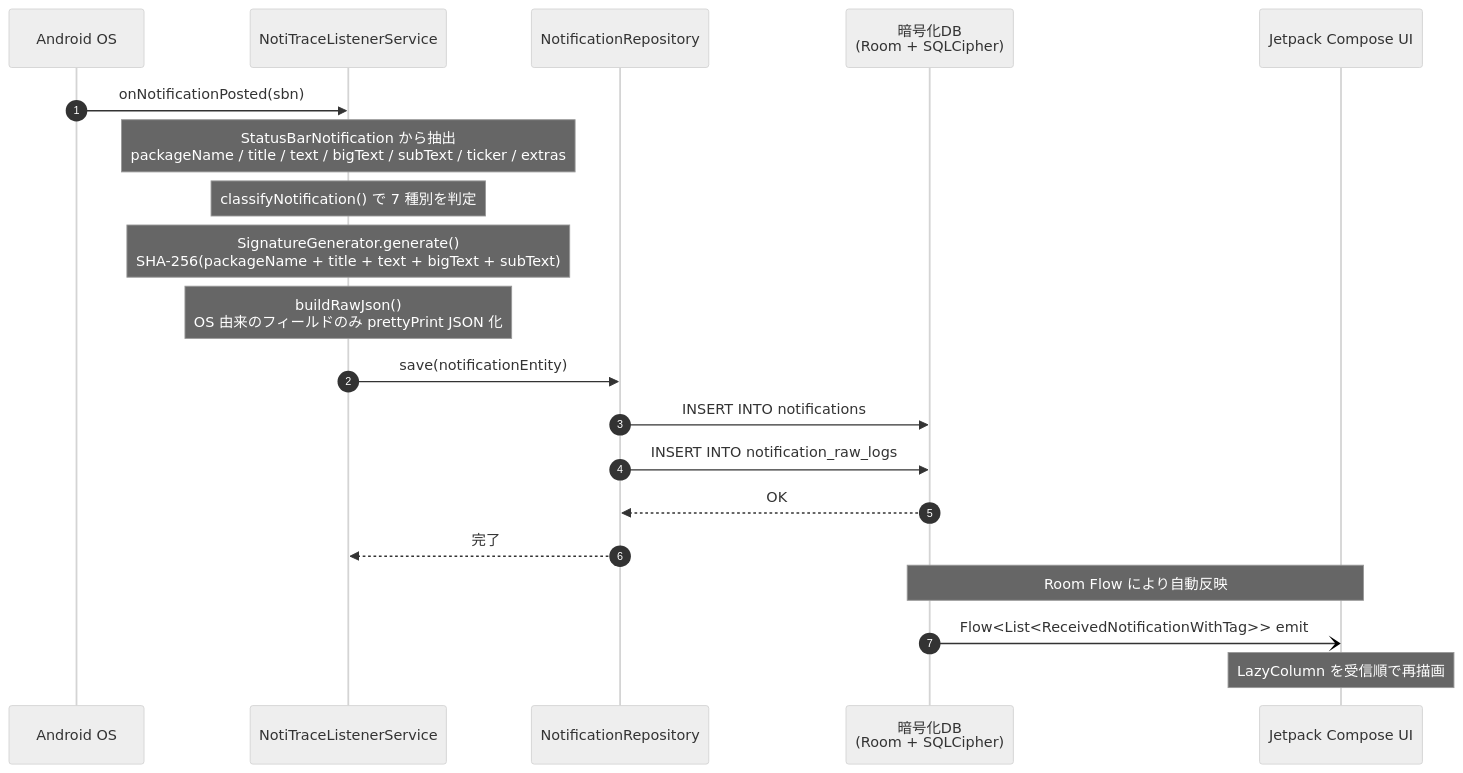
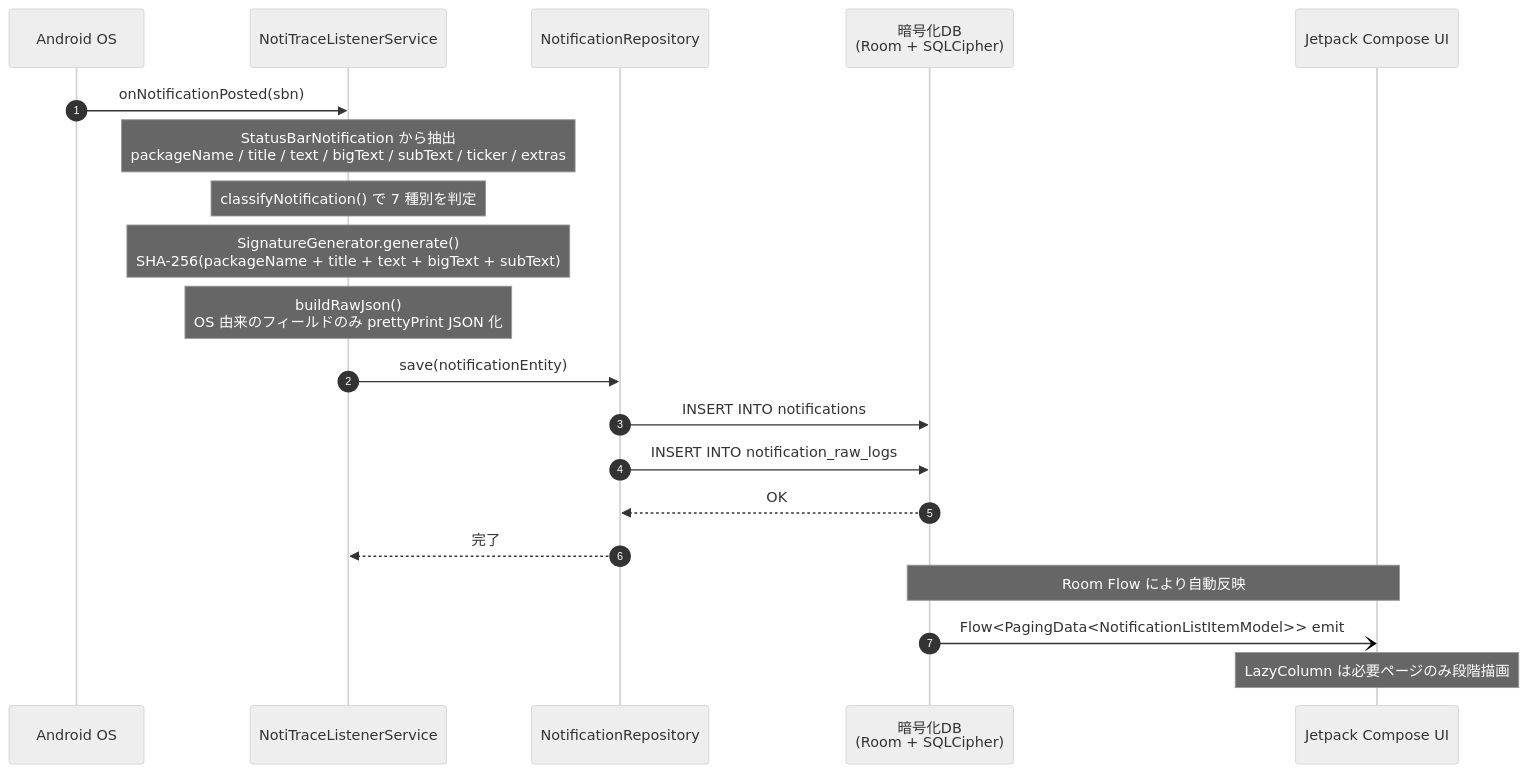
Before and after one commit to nakasho-dev/NotiTrace: the diagram in docs/sequence-notification-capture.md, drawn with Mermaid (neutral theme). The commit also changed other lines of this file and 21 other files, not shown here.

Commit message:
feat: implement paging for notification lists and search results using NotificationListItemModel

````diff
--- a/docs/sequence-notification-capture.md
+++ b/docs/sequence-notification-capture.md
@@ -37,25 +37,25 @@
 ```mermaid
 sequenceDiagram
     autonumber
     participant OS as Android OS
     participant SVC as NotiTraceListenerService
     participant REPO as NotificationRepository
     participant DB as 暗号化DB<br/>(Room + SQLCipher)
     participant UI as Jetpack Compose UI
 
     OS->>SVC: onNotificationPosted(sbn)
     Note over SVC: StatusBarNotification から抽出<br/>packageName / title / text / bigText / subText / ticker / extras
     Note over SVC: classifyNotification() で 7 種別を判定
     Note over SVC: SignatureGenerator.generate()<br/>SHA-256(packageName + title + text + bigText + subText)
     Note over SVC: buildRawJson()<br/>OS 由来のフィールドのみ prettyPrint JSON 化
 
     SVC->>REPO: save(notificationEntity)
     REPO->>DB: INSERT INTO notifications
     REPO->>DB: INSERT INTO notification_raw_logs
     DB-->>REPO: OK
     REPO-->>SVC: 完了
 
     Note over DB,UI: Room Flow により自動反映
-    DB-)UI: Flow<List<ReceivedNotificationWithTag>> emit
-    Note over UI: LazyColumn を受信順で再描画
+    DB-)UI: Flow<PagingData<NotificationListItemModel>> emit
+    Note over UI: LazyColumn は必要ページのみ段階描画
 ```
````
